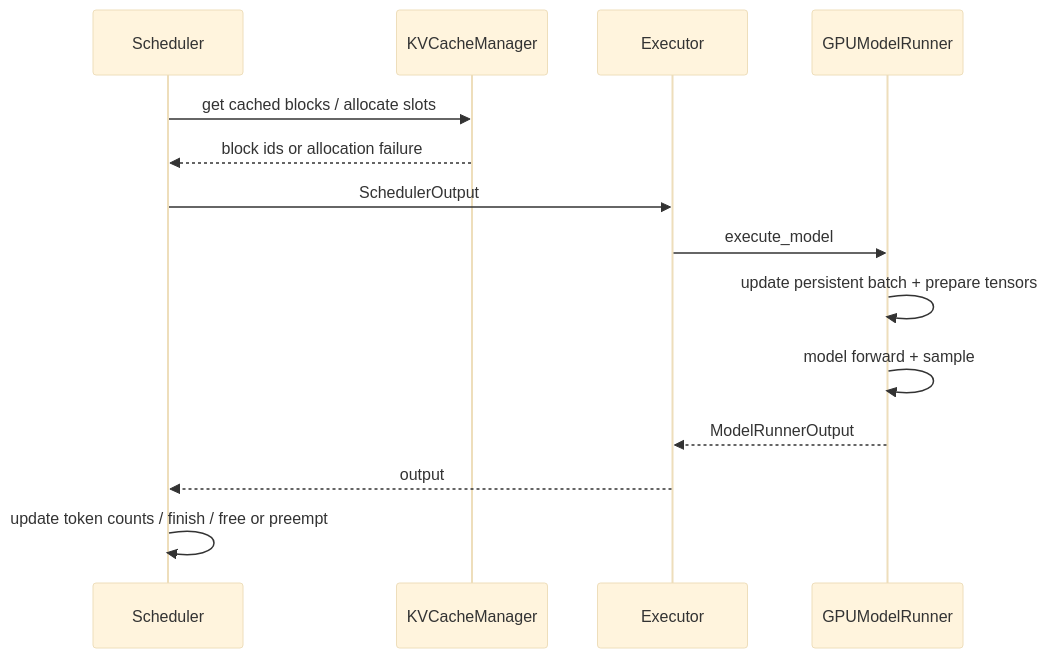
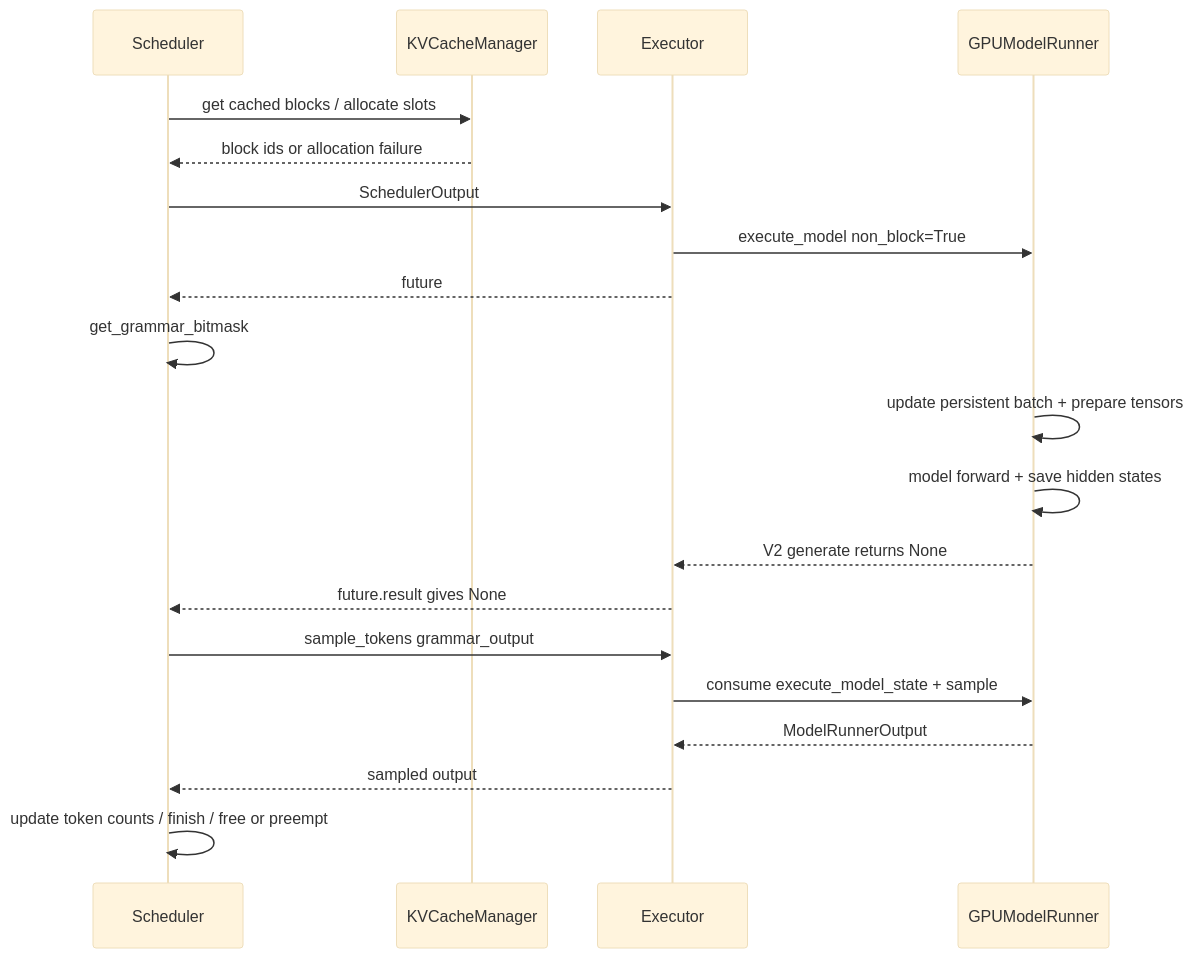
One commit to Cass998/losh_has_blog changed the second of 2 diagrams in learning-sites/llm-systems/vllm/internals/request-lifecycle.md. Above: the diagram before and after it, drawn with Mermaid (base theme). The commit also changed other lines of this file and 106 other files, not shown here.

````diff
--- a/learning-sites/llm-systems/vllm/internals/request-lifecycle.md
+++ b/learning-sites/llm-systems/vllm/internals/request-lifecycle.md
@@ -107,16 +111,22 @@
 ```mermaid
 sequenceDiagram
     participant S as Scheduler
     participant K as KVCacheManager
     participant E as Executor
     participant R as GPUModelRunner
     S->>K: get cached blocks / allocate slots
     K-->>S: block ids or allocation failure
     S->>E: SchedulerOutput
-    E->>R: execute_model
+    E->>R: execute_model non_block=True
+    E-->>S: future
+    S->>S: get_grammar_bitmask
     R->>R: update persistent batch + prepare tensors
-    R->>R: model forward + sample
+    R->>R: model forward + save hidden states
+    R-->>E: V2 generate returns None
+    E-->>S: future.result gives None
+    S->>E: sample_tokens grammar_output
+    E->>R: consume execute_model_state + sample
     R-->>E: ModelRunnerOutput
-    E-->>S: output
+    E-->>S: sampled output
     S->>S: update token counts / finish / free or preempt
 ```
````
